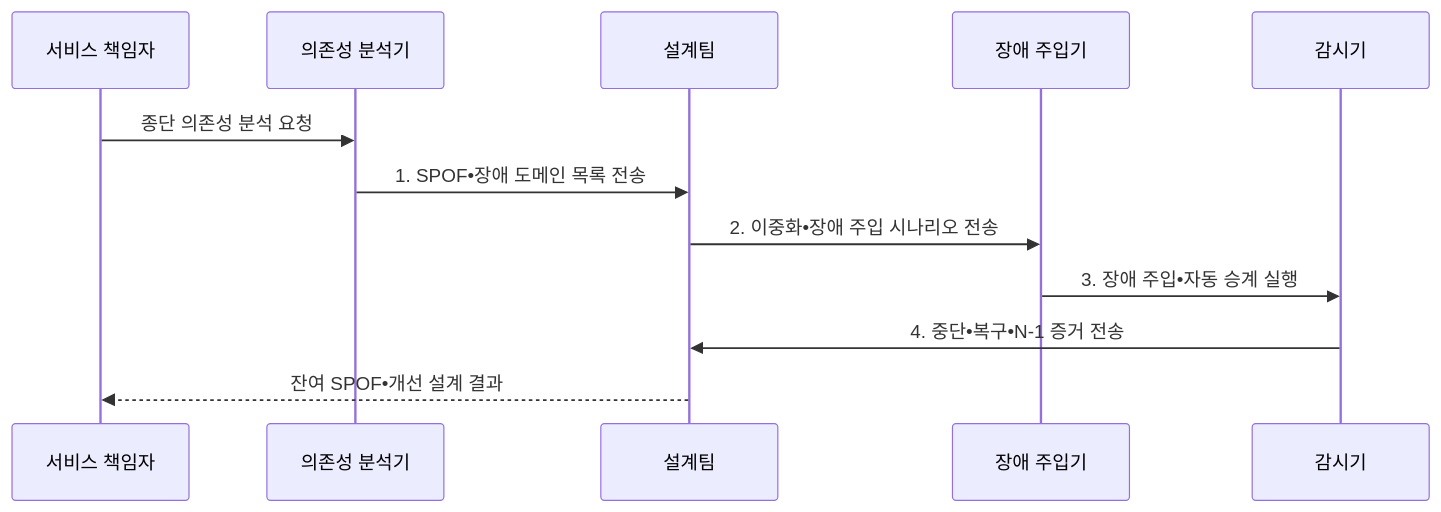
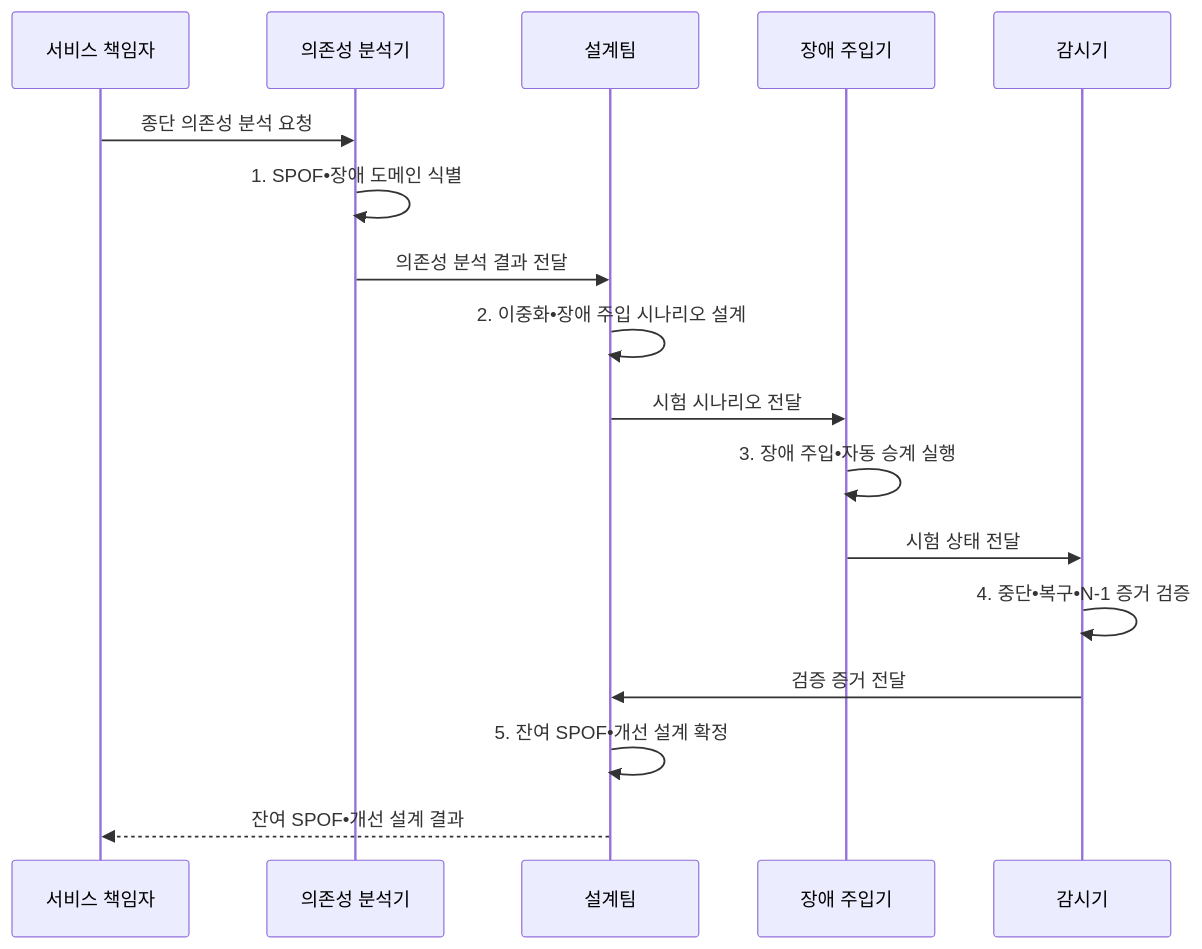
One commit to agnusdei1207/knowledge-base changed the second of 2 diagrams in src/content/docs/notes/06-evaluation/018_spof_elimination.md. Above: the diagram before and after it, drawn with Mermaid. The commit also changed other lines of this file and 20 other files, not shown here.

````diff
--- a/src/content/docs/notes/06-evaluation/018_spof_elimination.md
+++ b/src/content/docs/notes/06-evaluation/018_spof_elimination.md
@@ -103,14 +103,19 @@
 ```mermaid
 sequenceDiagram
   participant O as 서비스 책임자
   participant A as 의존성 분석기
   participant D as 설계팀
   participant C as 장애 주입기
   participant M as 감시기
   O->>A: 종단 의존성 분석 요청
-  A->>D: 1. SPOF•장애 도메인 목록 전송
-  D->>C: 2. 이중화•장애 주입 시나리오 전송
-  C->>M: 3. 장애 주입•자동 승계 실행
-  M->>D: 4. 중단•복구•N-1 증거 전송
+  A->>A: 1. SPOF•장애 도메인 식별
+  A->>D: 의존성 분석 결과 전달
+  D->>D: 2. 이중화•장애 주입 시나리오 설계
+  D->>C: 시험 시나리오 전달
+  C->>C: 3. 장애 주입•자동 승계 실행
+  C->>M: 시험 상태 전달
+  M->>M: 4. 중단•복구•N-1 증거 검증
+  M->>D: 검증 증거 전달
+  D->>D: 5. 잔여 SPOF•개선 설계 확정
   D-->>O: 잔여 SPOF•개선 설계 결과
 ```
````
